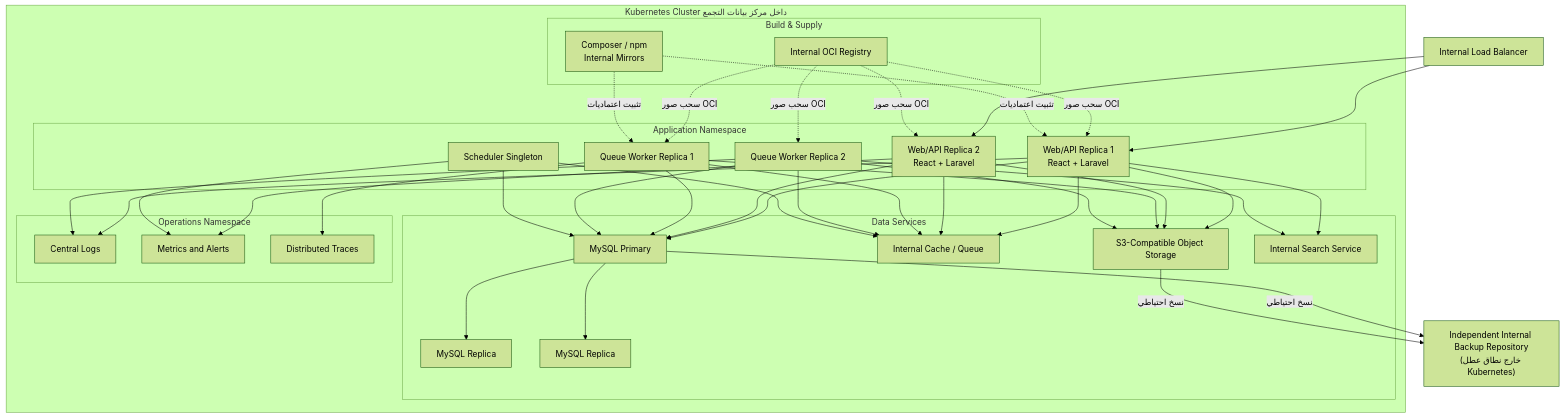
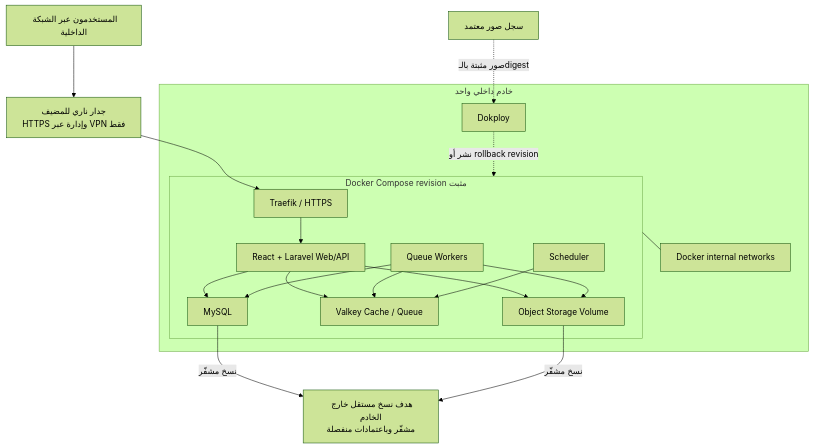
Before and after one commit to tariiq222/cluster: the diagram in docs/architecture/diagrams/deployment.mmd, drawn with Mermaid (forest theme). The commit also changed 34 other files, not shown here.

```diff
--- a/docs/architecture/diagrams/deployment.mmd
+++ b/docs/architecture/diagrams/deployment.mmd
@@ -1,75 +1,35 @@
 flowchart TB
-    LB["Internal Load Balancer"]
+    USERS["المستخدمون عبر الشبكة الداخلية"]
+    FW["جدار ناري للمضيف<br/>HTTPS وإدارة عبر VPN فقط"]
 
-    subgraph K8S["Kubernetes Cluster داخل مركز بيانات التجمع"]
-        subgraph APPNS["Application Namespace"]
-            WEB1["Web/API Replica 1<br/>React + Laravel"]
-            WEB2["Web/API Replica 2<br/>React + Laravel"]
-            W1["Queue Worker Replica 1"]
-            W2["Queue Worker Replica 2"]
-            CRON["Scheduler Singleton"]
+    subgraph HOST["خادم داخلي واحد"]
+        DOKPLOY["Dokploy"]
+        subgraph COMPOSE["Docker Compose revision مثبت"]
+            TRAEFIK["Traefik / HTTPS"]
+            WEB["React + Laravel Web/API"]
+            WORKERS["Queue Workers"]
+            CRON["Scheduler"]
+            MYSQL["MySQL"]
+            VALKEY["Valkey Cache / Queue"]
+            OBJECT["Object Storage Volume"]
         end
-
-        subgraph DATANS["Data Services"]
-            DB1["MySQL Primary"]
-            DB2["MySQL Replica"]
-            DB3["MySQL Replica"]
-            QUEUE["Internal Cache / Queue"]
-            OBJECT["S3-Compatible Object Storage"]
-            SEARCH["Internal Search Service"]
-        end
-
-        subgraph OPSNS["Operations Namespace"]
-            LOGS["Central Logs"]
-            METRICS["Metrics and Alerts"]
-            TRACES["Distributed Traces"]
-        end
-
-        subgraph SUPPLY["Build & Supply"]
-            REGISTRY["Internal OCI Registry"]
-            MIRRORS["Composer / npm<br/>Internal Mirrors"]
-        end
+        INTERNAL["Docker internal networks"]
     end
 
-    BACKUP["Independent Internal Backup Repository<br/>(خارج نطاق عطل Kubernetes)"]
+    BACKUP["هدف نسخ مستقل خارج الخادم<br/>مشفّر وباعتمادات منفصلة"]
+    REGISTRY["سجل صور معتمد"]
 
-    LB --> WEB1
-    LB --> WEB2
-
-    WEB1 --> DB1
-    WEB2 --> DB1
-    W1 --> DB1
-    W2 --> DB1
-    CRON --> DB1
-    DB1 --> DB2
-    DB1 --> DB3
-
-    WEB1 --> QUEUE
-    WEB2 --> QUEUE
-    W1 --> QUEUE
-    W2 --> QUEUE
-    CRON --> QUEUE
-
-    WEB1 --> OBJECT
-    WEB2 --> OBJECT
-    W1 --> OBJECT
-    W2 --> OBJECT
-
-    WEB1 --> SEARCH
-    W2 --> SEARCH
-
-    WEB1 --> LOGS
-    WEB2 --> METRICS
-    W1 --> TRACES
-    W2 --> LOGS
-    CRON --> METRICS
-
-    DB1 -->|"نسخ احتياطي"| BACKUP
-    OBJECT -->|"نسخ احتياطي"| BACKUP
-
-    REGISTRY -.->|"سحب صور OCI"| WEB1
-    REGISTRY -.->|"سحب صور OCI"| WEB2
-    REGISTRY -.->|"سحب صور OCI"| W1
-    REGISTRY -.->|"سحب صور OCI"| W2
-    MIRRORS -.->|"تثبيت اعتماديات"| WEB1
-    MIRRORS -.->|"تثبيت اعتماديات"| W1
+    USERS --> FW --> TRAEFIK
+    TRAEFIK --> WEB
+    WEB --> MYSQL
+    WEB --> VALKEY
+    WEB --> OBJECT
+    WORKERS --> MYSQL
+    WORKERS --> VALKEY
+    WORKERS --> OBJECT
+    CRON --> VALKEY
+    COMPOSE --- INTERNAL
+    DOKPLOY -.->|"نشر أو rollback revision"| COMPOSE
+    REGISTRY -.->|"صور مثبتة بالـdigest"| DOKPLOY
+    MYSQL -->|"نسخ مشفّر"| BACKUP
+    OBJECT -->|"نسخ مشفّر"| BACKUP
```
